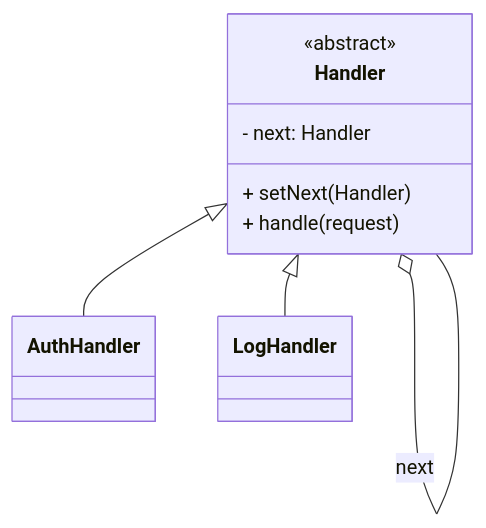
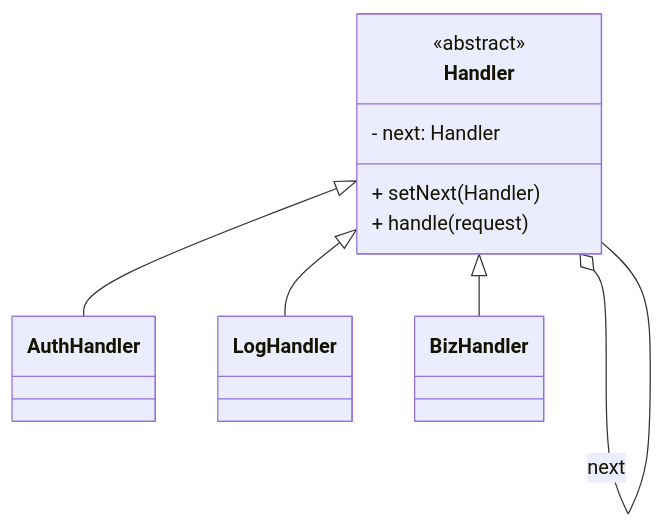
The first of 2 diagrams in 设计模式/行为型/责任链模式.md (tghrxxxyyy/knowledge-base), drawn with Mermaid before and after one commit. The commit also changed other lines of this file and 101 other files, not shown here.

````diff
--- a/设计模式/行为型/责任链模式.md
+++ b/设计模式/行为型/责任链模式.md
@@ -10,14 +13,16 @@
 ```mermaid
 classDiagram
     class Handler {
         <<abstract>>
         - next: Handler
         + setNext(Handler)
         + handle(request)
     }
     class AuthHandler
     class LogHandler
+    class BizHandler
     Handler <|-- AuthHandler
     Handler <|-- LogHandler
+    Handler <|-- BizHandler
     Handler o-- Handler : next
 ```
````
